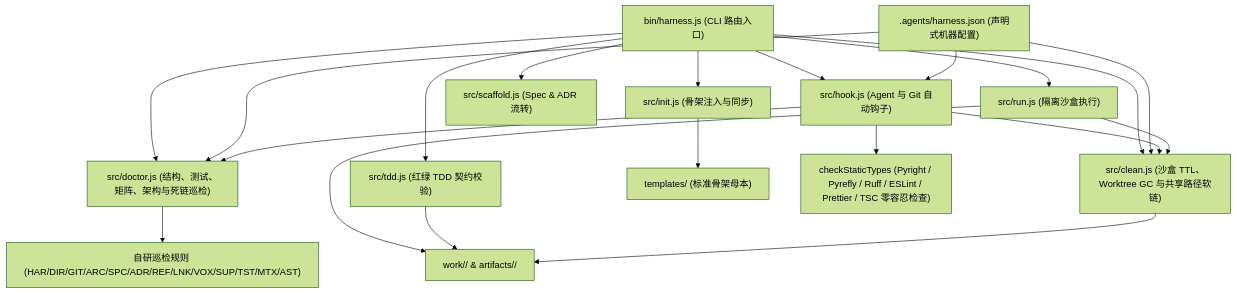
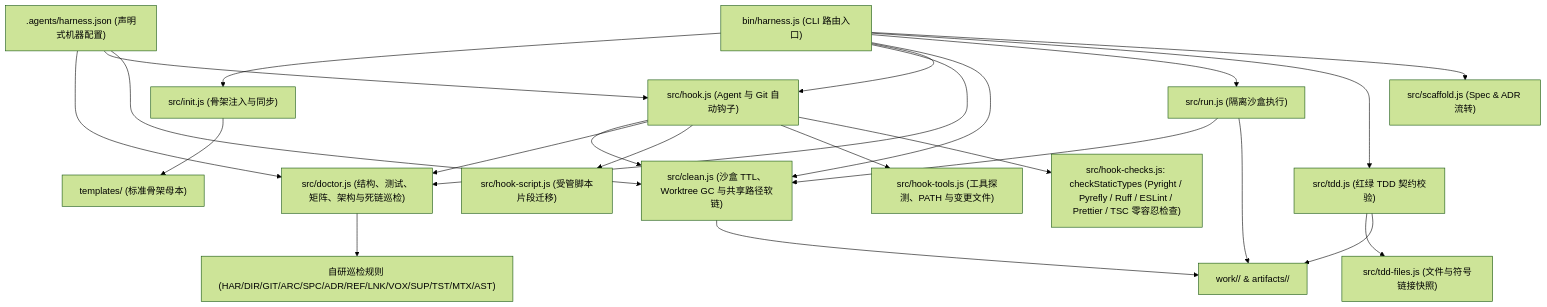
One commit to nanzhi84/yoryon-harness changed the first of 2 diagrams in docs/architecture/overview.md. Above: the diagram before and after it, drawn with Mermaid (forest theme). The commit also changed other lines of this file and 11 other files, not shown here.

Commit message:
fix: preserve custom hook scripts and restore TDD symlinks

````diff
--- a/docs/architecture/overview.md
+++ b/docs/architecture/overview.md
@@ -7,24 +7,27 @@
 ```mermaid
 flowchart TD
     CLI["bin/harness.js (CLI 路由入口)"] --> Init["src/init.js (骨架注入与同步)"]
     CLI --> Doctor["src/doctor.js (结构、测试、矩阵、架构与死链巡检)"]
     CLI --> Hook["src/hook.js (Agent 与 Git 自动钩子)"]
     CLI --> Clean["src/clean.js (沙盒 TTL、Worktree GC 与共享路径软链)"]
     CLI --> Run["src/run.js (隔离沙盒执行)"]
     CLI --> Tdd["src/tdd.js (红绿 TDD 契约校验)"]
     CLI --> Scaffold["src/scaffold.js (Spec & ADR 流转)"]
 
     Config[".agents/harness.json (声明式机器配置)"] --> Doctor
     Config --> Hook
     Config --> Clean
 
     Init --> Tpl["templates/ (标准骨架母本)"]
     Hook --> Clean
     Hook --> Doctor
-    Hook --> TypeCheck["checkStaticTypes (Pyright / Pyrefly / Ruff / ESLint / Prettier / TSC 零容忍检查)"]
+    Hook --> HookScript["src/hook-script.js (受管脚本片段迁移)"]
+    Hook --> Tools["src/hook-tools.js (工具探测、PATH 与变更文件)"]
+    Hook --> TypeCheck["src/hook-checks.js: checkStaticTypes (Pyright / Pyrefly / Ruff / ESLint / Prettier / TSC 零容忍检查)"]
     Run --> Clean
     Doctor --> Rules["自研巡检规则 (HAR/DIR/GIT/ARC/SPC/ADR/REF/LNK/VOX/SUP/TST/MTX/AST)"]
     Run --> Sandbox["work/<run-id>/ & artifacts/<run-id>/"]
+    Tdd --> FileState["src/tdd-files.js (文件与符号链接快照)"]
     Tdd --> Sandbox
     Clean --> Sandbox
 ```
````
